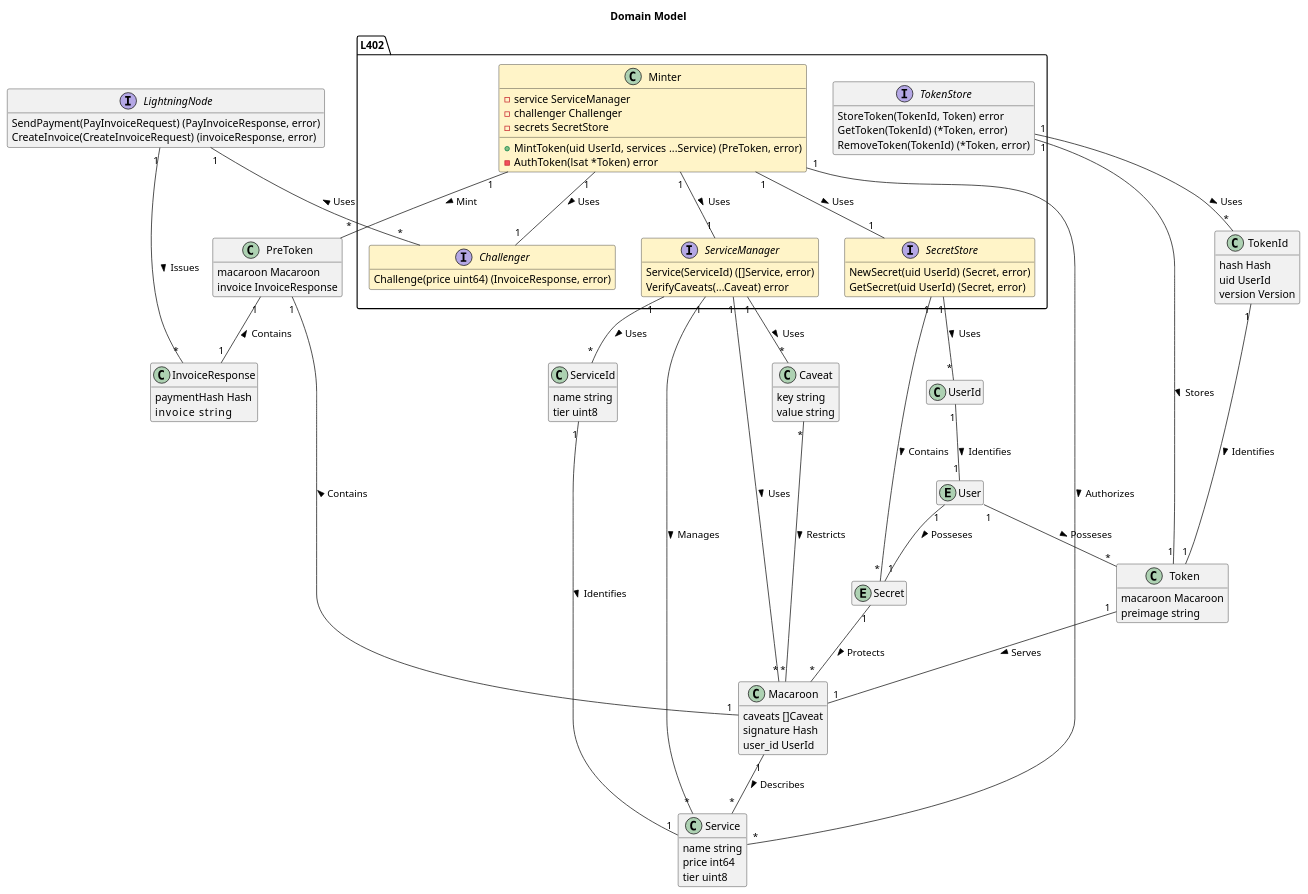
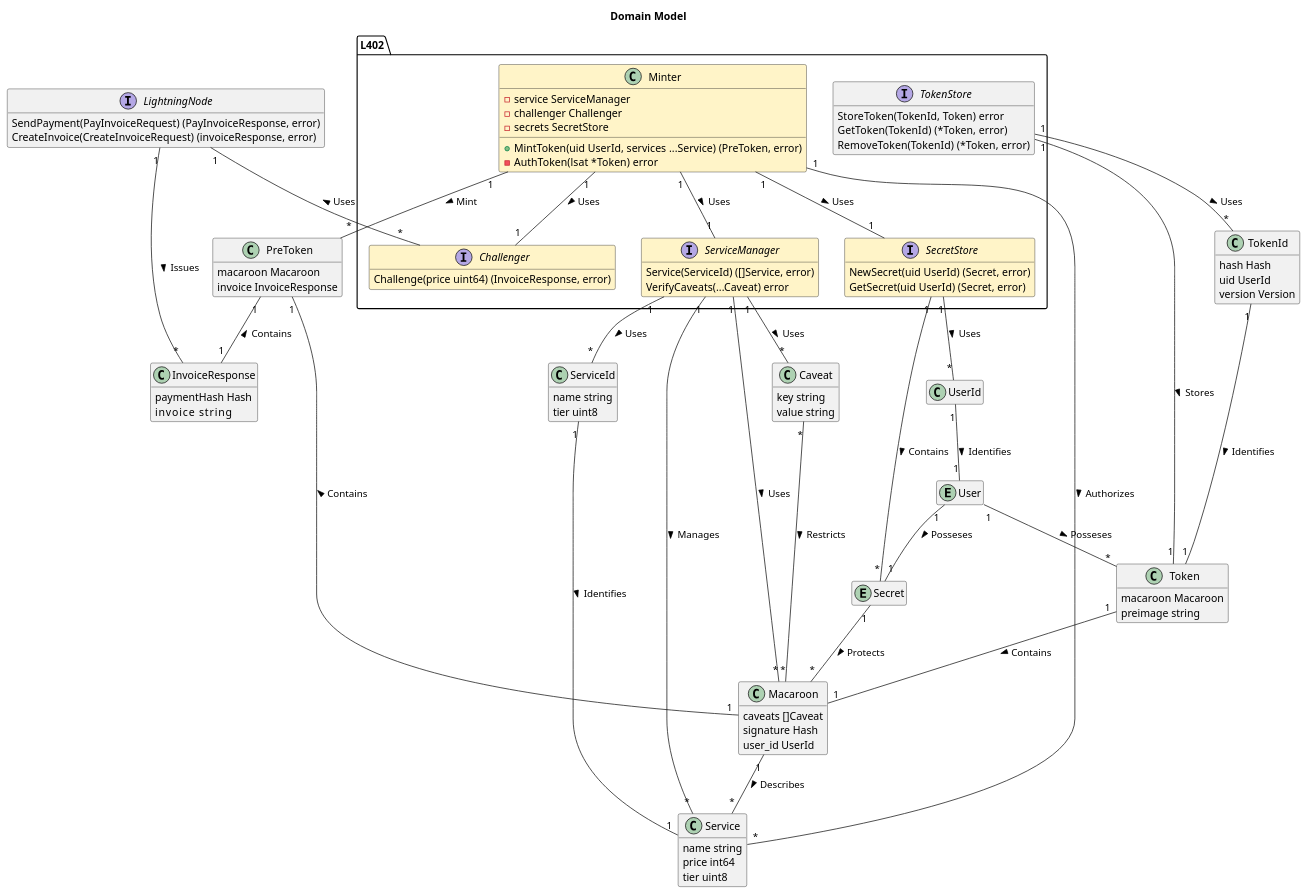
The diagram in CONTRIBUTING/MDD.puml (Byzantium-ETS/lsat), drawn with PlantUML before and after one commit. The commit also changed 1 other file, not shown here.

```diff
--- a/CONTRIBUTING/MDD.puml
+++ b/CONTRIBUTING/MDD.puml
@@ -1,133 +1,133 @@
 @startuml Domain Model
 title Domain Model
 
 skinparam class {
   BackgroundColor<<L402>> #FFF4C8
 }
 
 hide stereotype
 hide empty members
   
 class "UserId" as Uid
 
 entity "Secret" as Sec
 
 entity "User" as U
 
 package L402 {
   interface "SecretStore" as SS <<L402>> {
 	  NewSecret(uid UserId) (Secret, error)
 	  GetSecret(uid UserId) (Secret, error)
   }
   
   interface "Challenger" as Ch <<L402>> {
 	  Challenge(price uint64) (InvoiceResponse, error)
   }
   
   interface "ServiceManager" as SM <<L402>> {
     Service(ServiceId) ([]Service, error)
     VerifyCaveats(...Caveat) error
   }
   
   interface "TokenStore" as TS {
     StoreToken(TokenId, Token) error
     GetToken(TokenId) (*Token, error)
     RemoveToken(TokenId) (*Token, error)
   }
   
   class "Minter" as Mi <<L402>> {
     - service ServiceManager
     - challenger Challenger
     - secrets SecretStore
   }
   
   Mi : + MintToken(uid UserId, services ...Service) (PreToken, error)
   Mi : - AuthToken(lsat *Token) error
 }
 
 
 interface "LightningNode" as LN {
   SendPayment(PayInvoiceRequest) (PayInvoiceResponse, error)
   CreateInvoice(CreateInvoiceRequest) (invoiceResponse, error)
 }
   
 class "Token" as Token {
   macaroon Macaroon
   preimage string
 }
     
 class "PreToken" as pToken {
   macaroon Macaroon
   invoice InvoiceResponse
 }
   
     
 class "Macaroon" as Mac {
   caveats []Caveat
   signature Hash
   user_id UserId
 }
   
 class "TokenId" as Tid {
   hash Hash
   uid UserId
   version Version
 }
   
 class "Caveat" as Ca {
   key string
   value string
 }
 
 class "ServiceId" as SerId {
   name string
   tier uint8
 }
   
 class "Service" as Ser {
   name string
   price int64
   tier uint8
 }
 
 class "InvoiceResponse" as PR {
 	paymentHash Hash
 	invoice     string
 }
 
-Token "1" -- "1" Mac : > Serves
+Token "1" -- "1" Mac : > Contains
 pToken "1" -- "1" Mac : < Contains
 pToken "1" -- "1" PR : < Contains
 
 Tid "1" -- "1" Token : > Identifies 
 Mac "1" -- "*" Ser : > Describes
 Ca "*" -- "*" Mac : > Restricts
 
 Mi "1" -- "*" Ser : > Authorizes
 Mi "1" -- "*" pToken : > Mint
 Mi "1" -- "1" Ch : > Uses
 Mi "1" -- "1" SS : > Uses
 Mi "1" -- "1" SM : > Uses
 
 SS "1" -- "*" Sec : > Contains
 SS "1" -- "*" Uid : > Uses
 Sec "1" -- "*" Mac : > Protects
 
 Uid "1" -- "1" U : > Identifies
 U "1" -- "1" Sec : > Posseses
 U "1" -- "*" Token : > Posseses
 
 TS "1" -- "*" Tid : > Uses
 TS "1" -- "1" Token : > Stores
 
 SM "1" -- "*" SerId : > Uses
 SM "1" -- "*" Ser : > Manages
 SM "1" -- "*" Mac : > Uses
 SM "1" -- "*" Ca : > Uses
 SerId "1" -- "1" Ser : > Identifies
 
 LN "1" -- "*" Ch : < Uses
 LN "1" -- "*" PR : > Issues
 
 
 @enduml
```
